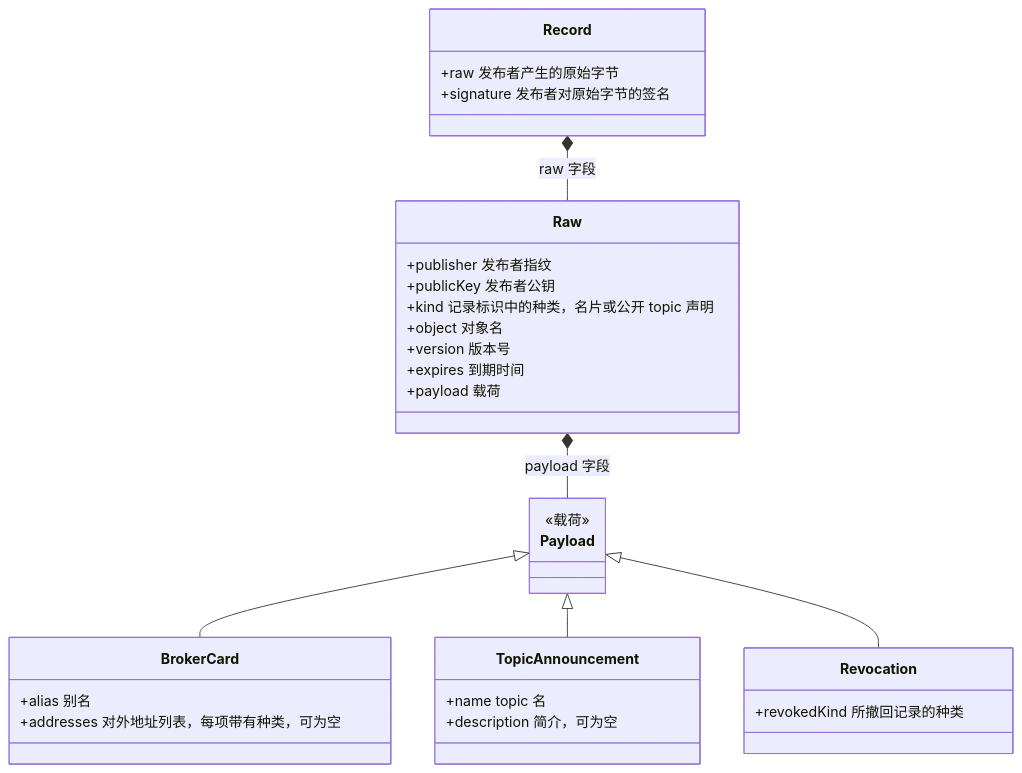
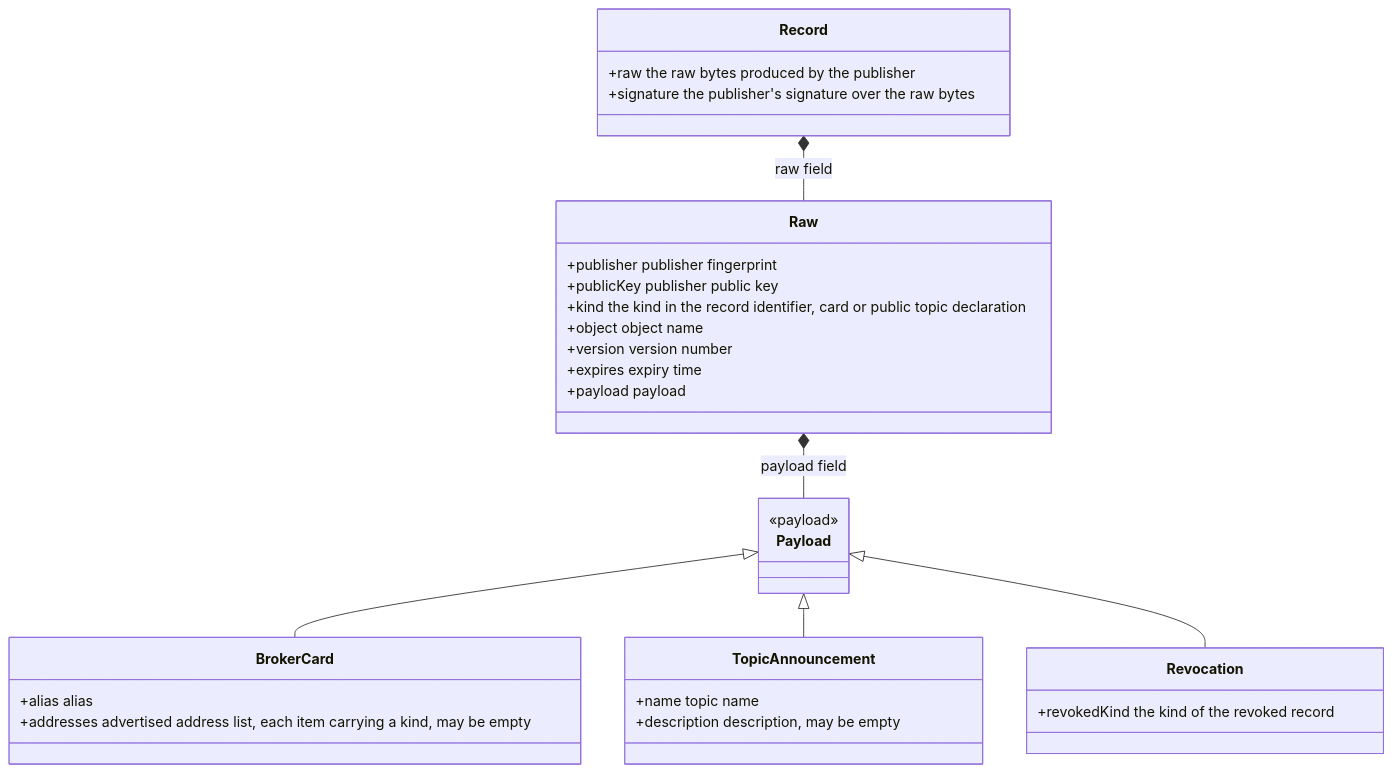
Before and after one commit to wangzw/peers: the diagram in docs/design/modules/design-directory.md, drawn with Mermaid. The commit also changed other lines of this file, not shown here.

````diff
--- a/docs/design/modules/design-directory.md
+++ b/docs/design/modules/design-directory.md
@@ -110,35 +110,35 @@
 ```mermaid
 classDiagram
     class Record {
-        +raw 发布者产生的原始字节
-        +signature 发布者对原始字节的签名
+        +raw the raw bytes produced by the publisher
+        +signature the publisher's signature over the raw bytes
     }
     class Raw {
-        +publisher 发布者指纹
-        +publicKey 发布者公钥
-        +kind 记录标识中的种类，名片或公开 topic 声明
-        +object 对象名
-        +version 版本号
-        +expires 到期时间
-        +payload 载荷
+        +publisher publisher fingerprint
+        +publicKey publisher public key
+        +kind the kind in the record identifier, card or public topic declaration
+        +object object name
+        +version version number
+        +expires expiry time
+        +payload payload
     }
     class Payload {
-        <<载荷>>
+        <<payload>>
     }
     class BrokerCard {
-        +alias 别名
-        +addresses 对外地址列表，每项带有种类，可为空
+        +alias alias
+        +addresses advertised address list, each item carrying a kind, may be empty
     }
     class TopicAnnouncement {
-        +name topic 名
-        +description 简介，可为空
+        +name topic name
+        +description description, may be empty
     }
     class Revocation {
-        +revokedKind 所撤回记录的种类
+        +revokedKind the kind of the revoked record
     }
-    Record *-- Raw : raw 字段
-    Raw *-- Payload : payload 字段
+    Record *-- Raw : raw field
+    Raw *-- Payload : payload field
     Payload <|-- BrokerCard
     Payload <|-- TopicAnnouncement
     Payload <|-- Revocation
 ```
````
